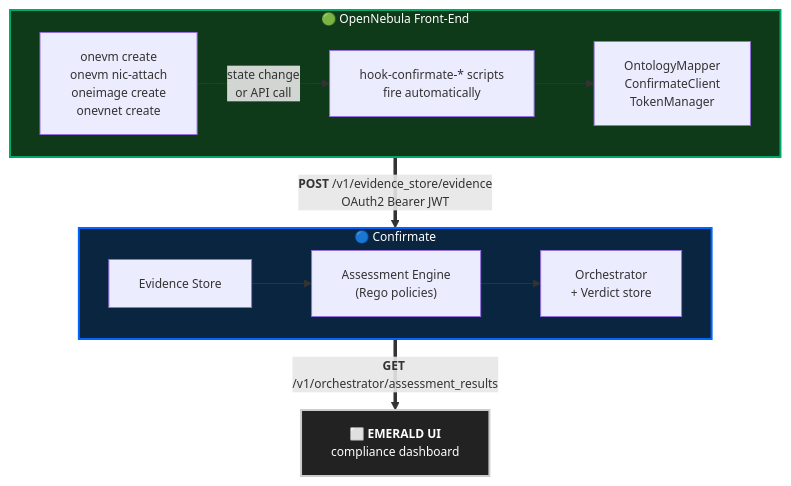
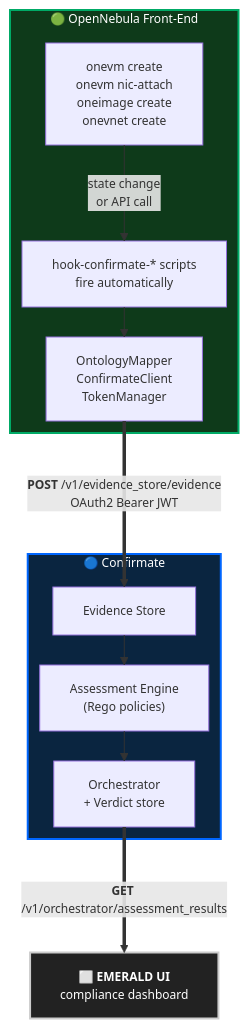
The diagram in README.md (pablodelarco/addon-confirmate-evidence), drawn with Mermaid before and after one commit.

Commit message:
Diagram: switch to ELK layout engine so subgraph direction LR is honored
The default dagre layout engine ignores 'direction LR' inside a subgraph
when the outer flowchart is TB — the inner nodes were stacking vertically
even though we asked for horizontal. Switching to the ELK engine (which
respects per-subgraph directions) fixes it without changing the diagram
structure or the size settings.

````diff
--- a/README.md
+++ b/README.md
@@ -24,33 +24,42 @@
 ```mermaid
-%%{init: {"flowchart": {"nodeSpacing": 25, "rankSpacing": 35, "curve": "basis"}, "themeVariables": {"fontSize": "12px"}}}%%
+---
+config:
+  layout: elk
+  flowchart:
+    nodeSpacing: 25
+    rankSpacing: 35
+    curve: basis
+  themeVariables:
+    fontSize: 12px
+---
 flowchart TB
     subgraph ONE["🟢 OpenNebula Front-End"]
         direction LR
         ACT["onevm create<br/>onevm nic-attach<br/>oneimage create<br/>onevnet create"]
         HOOK["hook-confirmate-* scripts<br/>fire automatically"]
         LIB["OntologyMapper<br/>ConfirmateClient<br/>TokenManager"]
         ACT -->|"state change<br/>or API call"| HOOK
         HOOK --> LIB
     end
 
     subgraph CF["🔵 Confirmate"]
         direction LR
         EV["Evidence Store"]
         AS["Assessment Engine<br/>(Rego policies)"]
         OR["Orchestrator<br/>+ Verdict store"]
         EV --> AS --> OR
     end
 
     UI["⬜ <b>EMERALD UI</b><br/>compliance dashboard"]
 
     LIB ==>|"<b>POST</b> /v1/evidence_store/evidence<br/>OAuth2 Bearer JWT"| EV
     OR ==>|"<b>GET</b> /v1/orchestrator/assessment_results"| UI
 
     classDef oneStyle fill:#0e3a1a,stroke:#0a6,stroke-width:2px,color:#fff
     classDef cfStyle  fill:#0a2540,stroke:#06f,stroke-width:2px,color:#fff
     classDef uiStyle  fill:#222,stroke:#ccc,stroke-width:2px,color:#fff
 
     class ONE oneStyle
     class CF cfStyle
     class UI uiStyle
 ```
````
